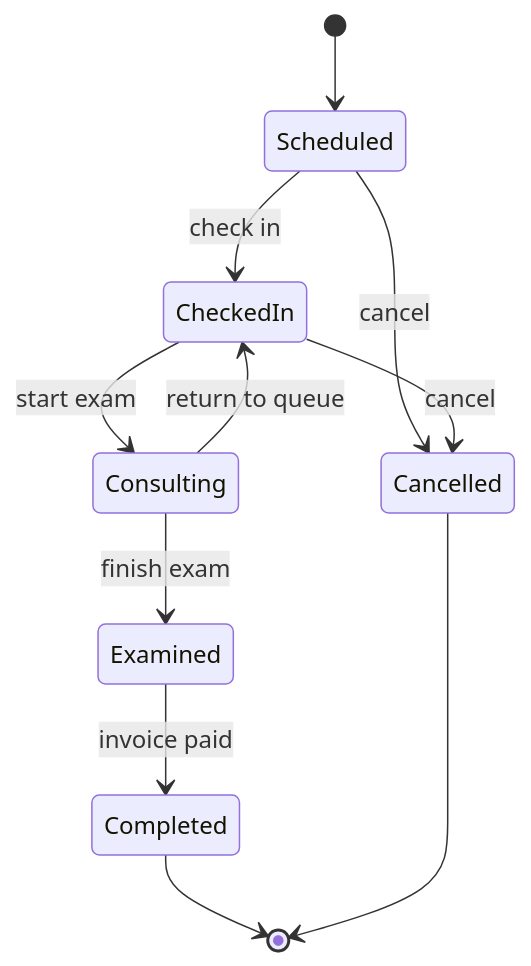
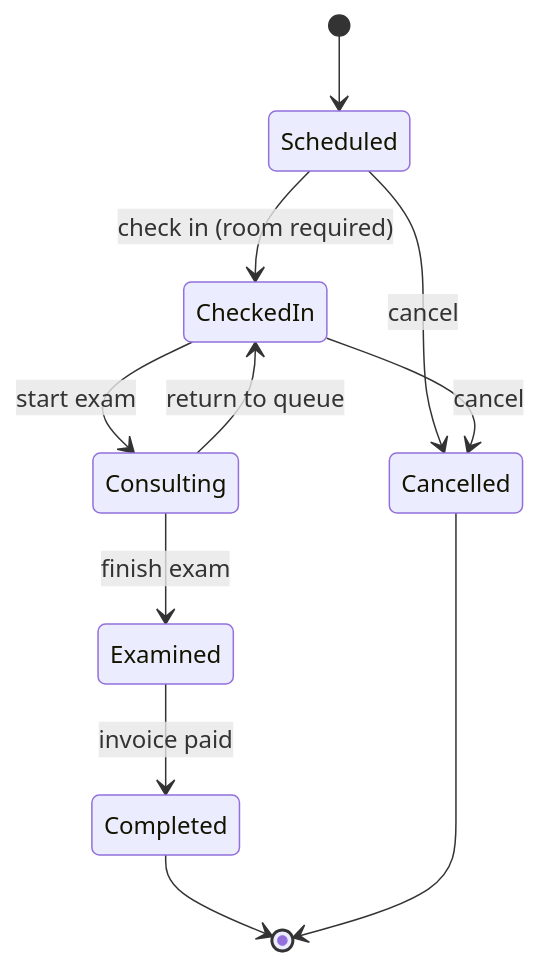
The second of 11 diagrams in DOCUMENTATION.md (kelsengile/AppointMed), drawn with Mermaid before and after one commit. The commit also changed other lines of this file and 8 other files, not shown here.

````diff
--- a/DOCUMENTATION.md
+++ b/DOCUMENTATION.md
@@ -248,13 +247,13 @@
 ```mermaid
 stateDiagram-v2
     [*] --> Scheduled
-    Scheduled --> CheckedIn: check in
+    Scheduled --> CheckedIn: check in (room required)
     Scheduled --> Cancelled: cancel
     CheckedIn --> Consulting: start exam
     CheckedIn --> Cancelled: cancel
     Consulting --> Examined: finish exam
     Consulting --> CheckedIn: return to queue
     Examined --> Completed: invoice paid
     Completed --> [*]
     Cancelled --> [*]
 ```
````
